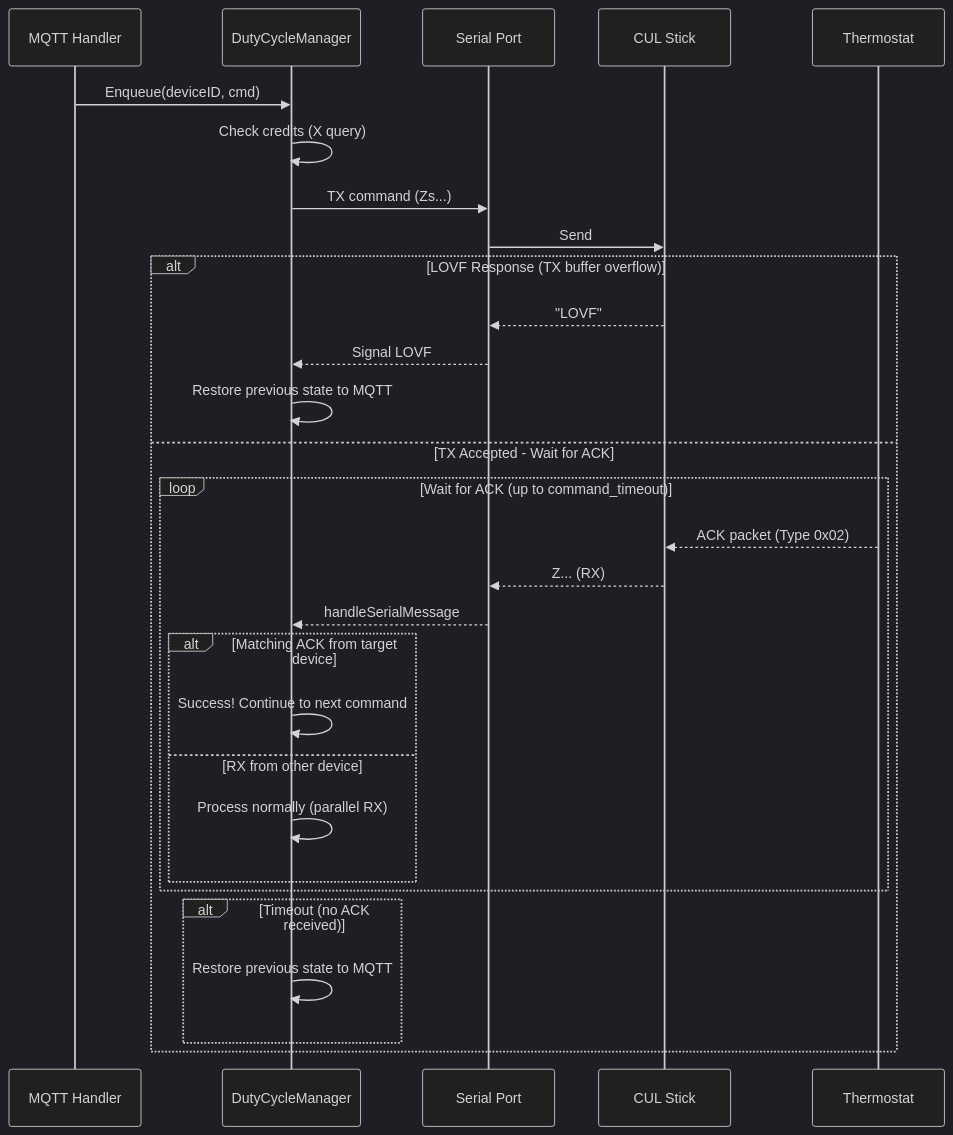
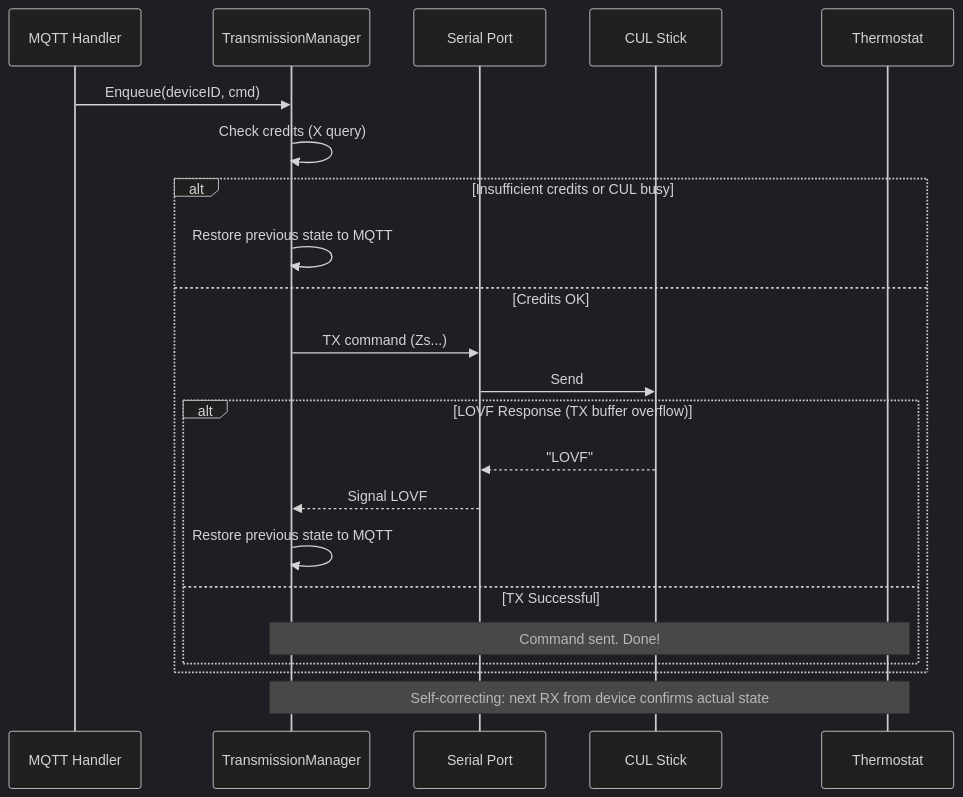
One commit to pwurbs/max2mqtt changed the diagram in README.md. Above: the diagram before and after it, drawn with Mermaid (dark theme). The commit also changed other lines of this file and 2 other files, not shown here.

Commit message:
feat: Refactor transmission to fire-and-forget, removing ACK waiting and simplifying TX management.

````diff
--- a/README.md
+++ b/README.md
@@ -267,33 +259,25 @@
 ```mermaid
 sequenceDiagram
     participant MQTT as MQTT Handler
-    participant DM as DutyCycleManager
+    participant TM as TransmissionManager
     participant Serial as Serial Port
     participant CUL as CUL Stick
     participant Thermo as Thermostat
 
-    MQTT->>DM: Enqueue(deviceID, cmd)
-    DM->>DM: Check credits (X query)
-    DM->>Serial: TX command (Zs...)
-    Serial->>CUL: Send
-    
-    alt LOVF Response (TX buffer overflow)
-        CUL-->>Serial: "LOVF"
-        Serial-->>DM: Signal LOVF
-        DM->>DM: Restore previous state to MQTT
-    else TX Accepted - Wait for ACK
-        loop Wait for ACK (up to command_timeout)
-            Thermo-->>CUL: ACK packet (Type 0x02)
-            CUL-->>Serial: Z... (RX)
-            Serial-->>DM: handleSerialMessage
-            alt Matching ACK from target device
-                DM->>DM: Success! Continue to next command
-            else RX from other device
-                DM->>DM: Process normally (parallel RX)
-            end
-        end
-        alt Timeout (no ACK received)
-            DM->>DM: Restore previous state to MQTT
+    MQTT->>TM: Enqueue(deviceID, cmd)
+    TM->>TM: Check credits (X query)
+    alt Insufficient credits or CUL busy
+        TM->>TM: Restore previous state to MQTT
+    else Credits OK
+        TM->>Serial: TX command (Zs...)
+        Serial->>CUL: Send
+        alt LOVF Response (TX buffer overflow)
+            CUL-->>Serial: "LOVF"
+            Serial-->>TM: Signal LOVF
+            TM->>TM: Restore previous state to MQTT
+        else TX Successful
+            Note over TM,Thermo: Command sent. Done!
         end
     end
+    Note over TM,Thermo: Self-correcting: next RX from device confirms actual state
 ```
````
